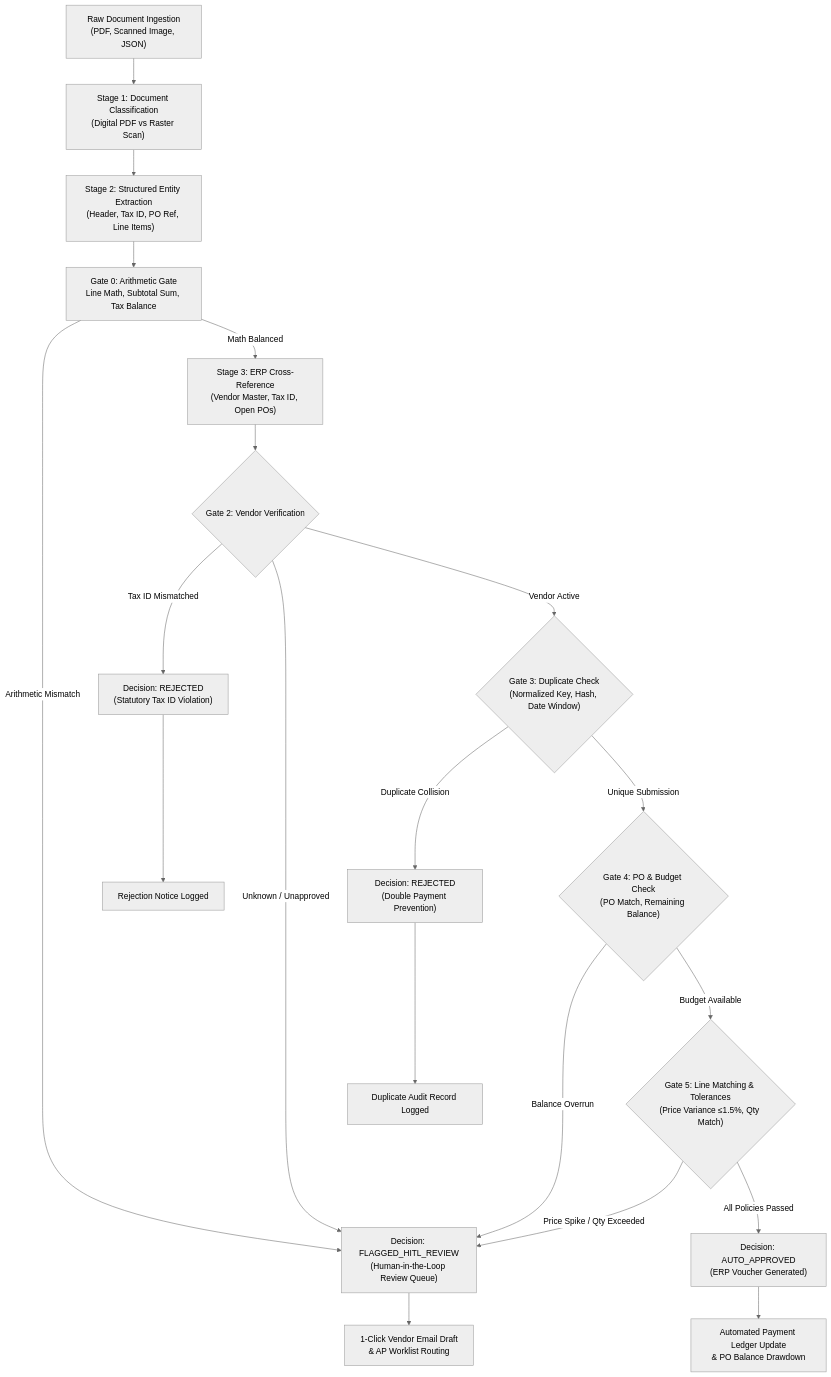
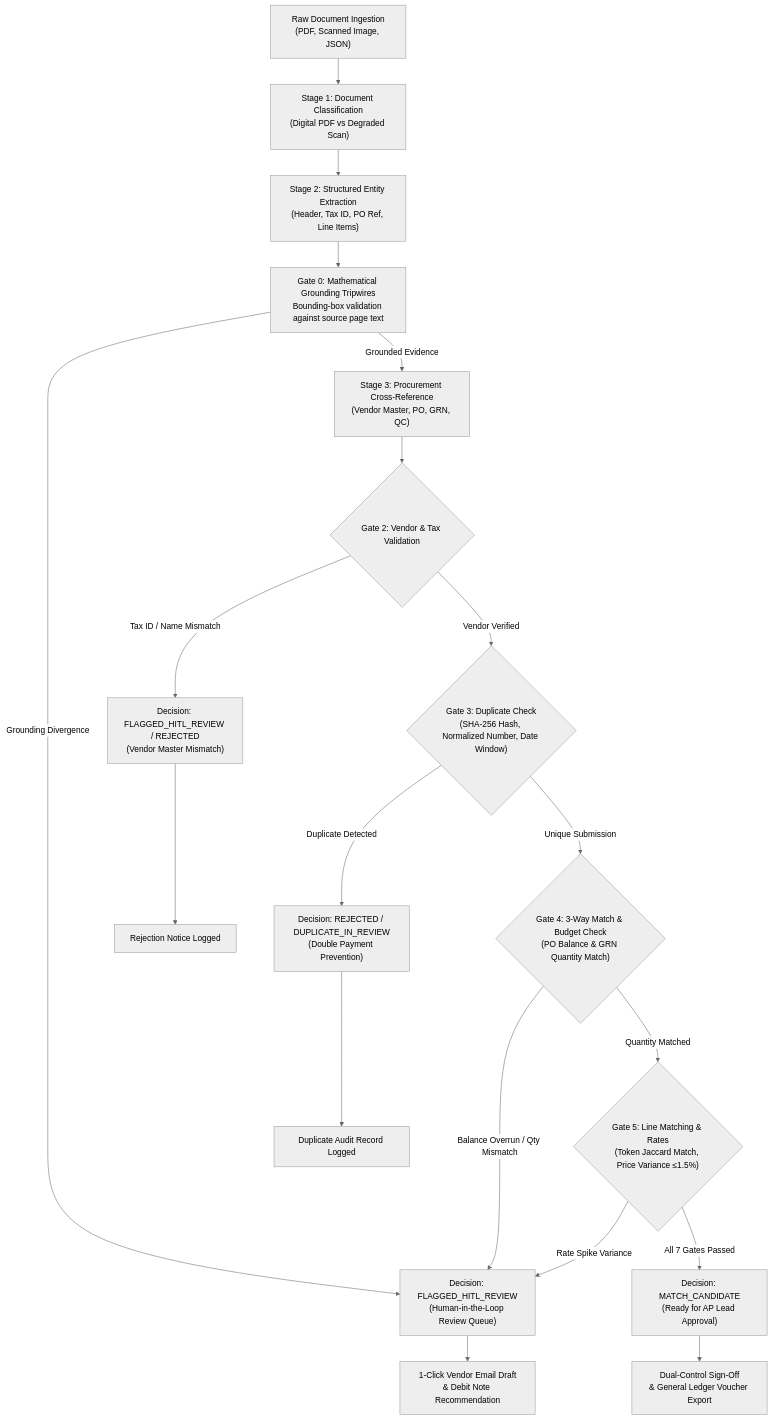
Before and after one commit to neerajs22is-ux/Zamp-Case-Study-PS-1: the diagram in README.md, drawn with Mermaid (neutral theme). The commit also changed other lines of this file and 3 other files, not shown here.

````diff
--- a/README.md
+++ b/README.md
@@ -33,28 +70,27 @@
 ```mermaid
 flowchart TD
-    A["Raw Document Ingestion<br/>(PDF, Scanned Image, JSON)"] --> B["Stage 1: Document Classification<br/>(Digital PDF vs Raster Scan)"]
+    A["Raw Document Ingestion<br/>(PDF, Scanned Image, JSON)"] --> B["Stage 1: Document Classification<br/>(Digital PDF vs Degraded Scan)"]
     B --> C["Stage 2: Structured Entity Extraction<br/>(Header, Tax ID, PO Ref, Line Items)"]
-    C --> D["Gate 0: Arithmetic Gate<br/>Line Math, Subtotal Sum, Tax Balance"]
+    C --> D["Gate 0: Mathematical Grounding Tripwires<br/>Bounding-box validation against source page text"]
     
-    D -- Arithmetic Mismatch --> H["Decision: FLAGGED_HITL_REVIEW<br/>(Human-in-the-Loop Review Queue)"]
-    D -- Math Balanced --> E["Stage 3: ERP Cross-Reference<br/>(Vendor Master, Tax ID, Open POs)"]
+    D -- Grounding Divergence --> H["Decision: FLAGGED_HITL_REVIEW<br/>(Human-in-the-Loop Review Queue)"]
+    D -- Grounded Evidence --> E["Stage 3: Procurement Cross-Reference<br/>(Vendor Master, PO, GRN, QC)"]
     
-    E --> F{"Gate 2: Vendor Verification"}
-    F -- Tax ID Mismatched --> J["Decision: REJECTED<br/>(Statutory Tax ID Violation)"]
-    F -- Unknown / Unapproved --> H
-    F -- Vendor Active --> G{"Gate 3: Duplicate Check<br/>(Normalized Key, Hash, Date Window)"}
+    E --> F{"Gate 2: Vendor & Tax Validation"}
+    F -- Tax ID / Name Mismatch --> J["Decision: FLAGGED_HITL_REVIEW / REJECTED<br/>(Vendor Master Mismatch)"]
+    F -- Vendor Verified --> G{"Gate 3: Duplicate Check<br/>(SHA-256 Hash, Normalized Number, Date Window)"}
     
-    G -- Duplicate Collision --> K["Decision: REJECTED<br/>(Double Payment Prevention)"]
-    G -- Unique Submission --> L{"Gate 4: PO & Budget Check<br/>(PO Match, Remaining Balance)"}
+    G -- Duplicate Detected --> K["Decision: REJECTED / DUPLICATE_IN_REVIEW<br/>(Double Payment Prevention)"]
+    G -- Unique Submission --> L{"Gate 4: 3-Way Match & Budget Check<br/>(PO Balance & GRN Quantity Match)"}
     
-    L -- Balance Overrun --> H
-    L -- Budget Available --> M{"Gate 5: Line Matching & Tolerances<br/>(Price Variance ≤1.5%, Qty Match)"}
+    L -- Balance Overrun / Qty Mismatch --> H
+    L -- Quantity Matched --> M{"Gate 5: Line Matching & Rates<br/>(Token Jaccard Match, Price Variance ≤1.5%)"}
     
-    M -- Price Spike / Qty Exceeded --> H
-    M -- All Policies Passed --> N["Decision: AUTO_APPROVED<br/>(ERP Voucher Generated)"]
+    M -- Rate Spike Variance --> H
+    M -- All 7 Gates Passed --> N["Decision: MATCH_CANDIDATE<br/>(Ready for AP Lead Approval)"]
     
-    H --> P["1-Click Vendor Email Draft<br/>& AP Worklist Routing"]
-    N --> Q["Automated Payment Ledger Update<br/>& PO Balance Drawdown"]
+    H --> P["1-Click Vendor Email Draft<br/>& Debit Note Recommendation"]
+    N --> Q["Dual-Control Sign-Off<br/>& General Ledger Voucher Export"]
     J --> R["Rejection Notice Logged"]
     K --> S["Duplicate Audit Record Logged"]
 ```
````
